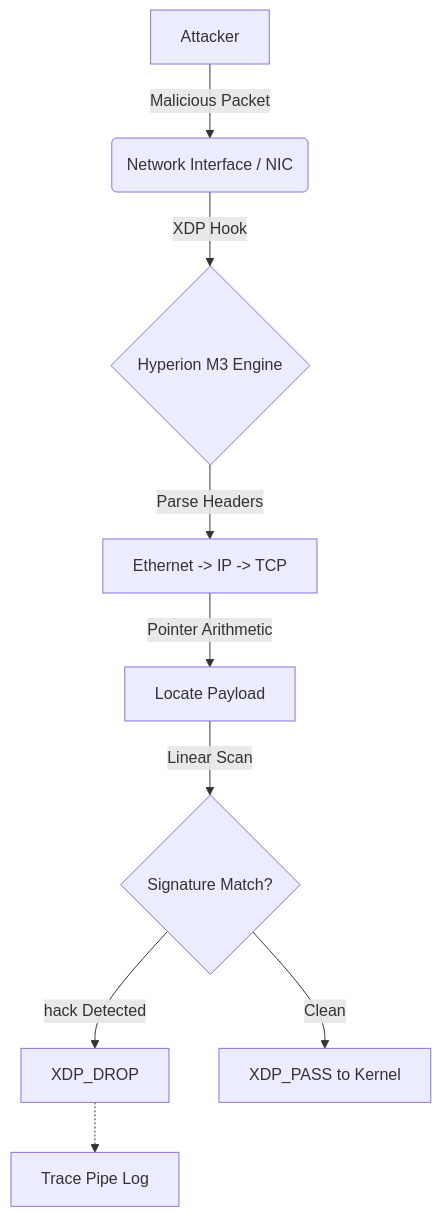
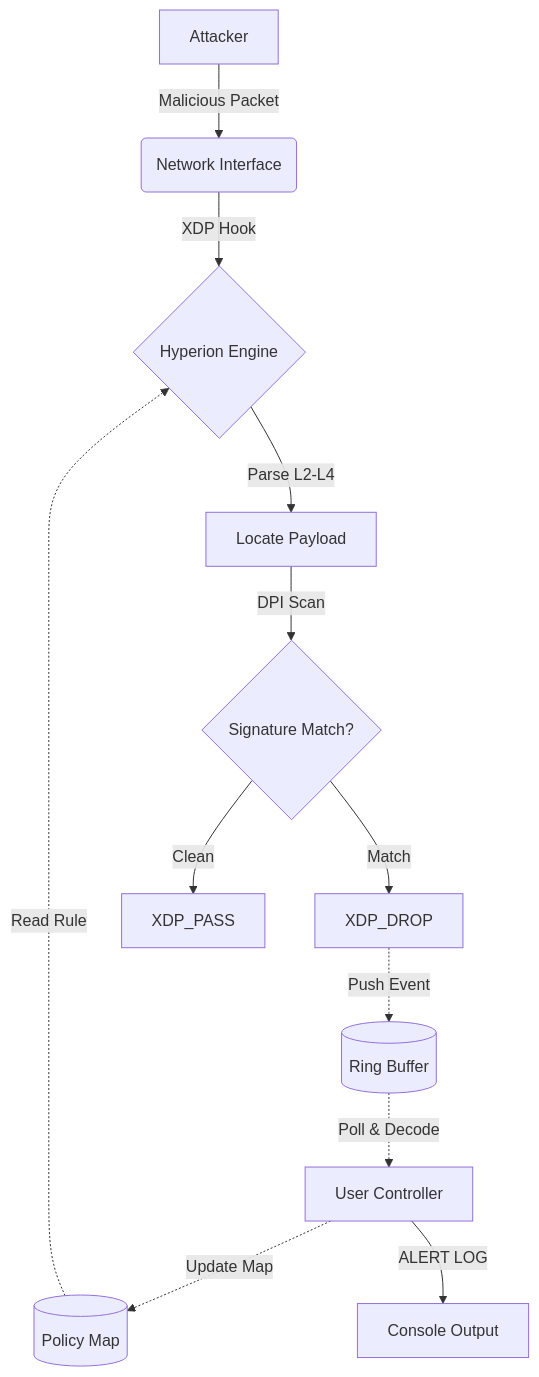
One commit to nevinshine/hyperion-xdp changed the diagram in README.md. Above: the diagram before and after it, drawn with Mermaid. The commit also changed other lines of this file and 6 other files, not shown here.

Commit message:
[M4.6] Release: Hyperion Visual Engine (Dynamic Policy + Telemetry + Live Reload)

````diff
--- a/README.md
+++ b/README.md
@@ -40,12 +39,22 @@
 ```mermaid
 graph TD
-    A[Attacker] -->|Malicious Packet| B(Network Interface / NIC)
-    B -->|XDP Hook| C{Hyperion M3 Engine}
-    C -->|Parse Headers| D[Ethernet -> IP -> TCP]
-    D -->|Pointer Arithmetic| E[Locate Payload]
-    E -->|Linear Scan| F{Signature Match?}
-    F -- "hack" Detected --> G[XDP_DROP]
-    F -- Clean --> H[XDP_PASS to Kernel]
-    G -.-> I[Trace Pipe Log]
+    A[Attacker] -->|Malicious Packet| B(Network Interface)
+    B -->|XDP Hook| C{Hyperion Engine}
+    
+    %% Dynamic Policy Flow
+    U[User Controller] -.->|Update Map| P[(Policy Map)]
+    P -.->|Read Rule| C
+    
+    C -->|Parse L2-L4| D[Locate Payload]
+    D -->|DPI Scan| E{Signature Match?}
+    
+    %% Decision Flow
+    E -- Match --> F[XDP_DROP]
+    E -- Clean --> G[XDP_PASS]
+    
+    %% Telemetry Flow
+    F -.->|Push Event| R[(Ring Buffer)]
+    R -.->|Poll & Decode| U
+    U -->|ALERT LOG| L[Console Output]
 
 ```
````
